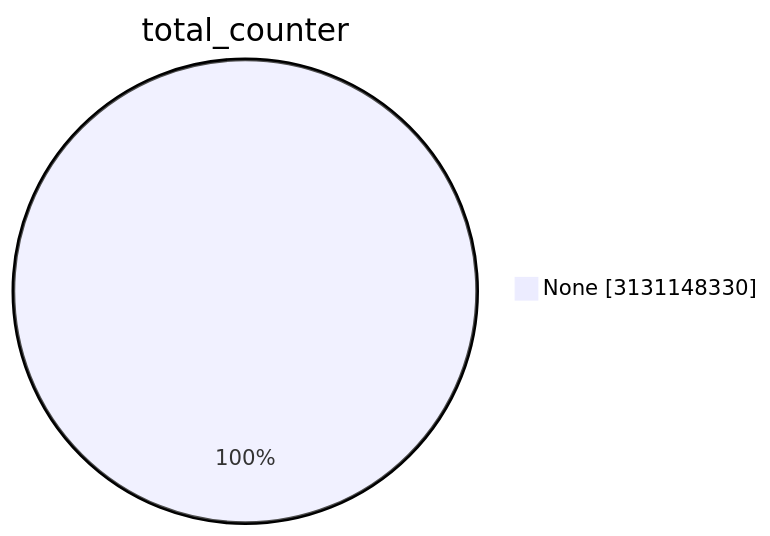
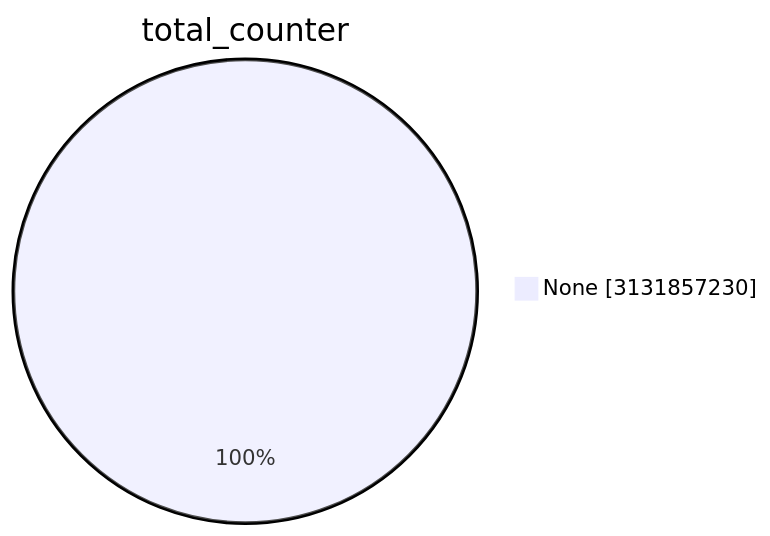
Before and after one commit to christiankrug/ctmonitor_visualization: the first of 15 diagrams in TOTAL/README.md, drawn with Mermaid. The commit also changed other lines of this file, not shown here.

````diff
--- a/TOTAL/README.md
+++ b/TOTAL/README.md
@@ -1,5 +1,5 @@
 ```mermaid
 pie showData
 title total_counter
-"None" :3131148330
+"None" :3131857230
 ```
````
